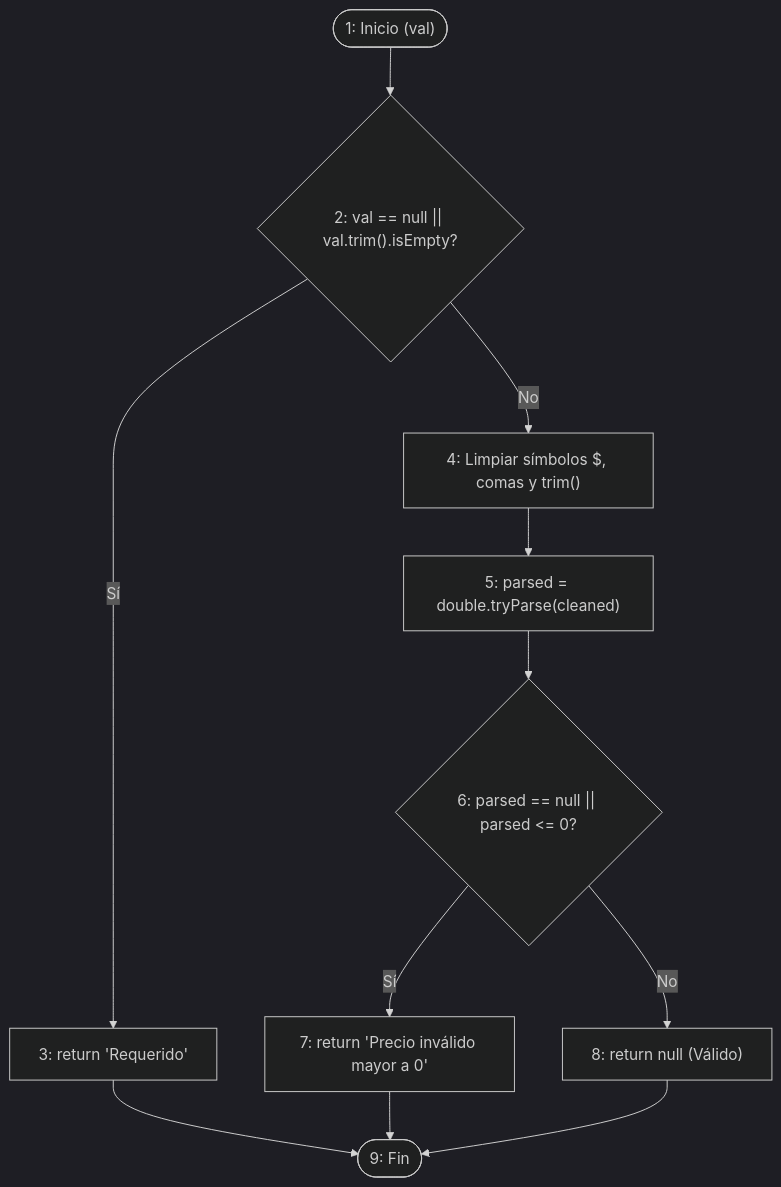
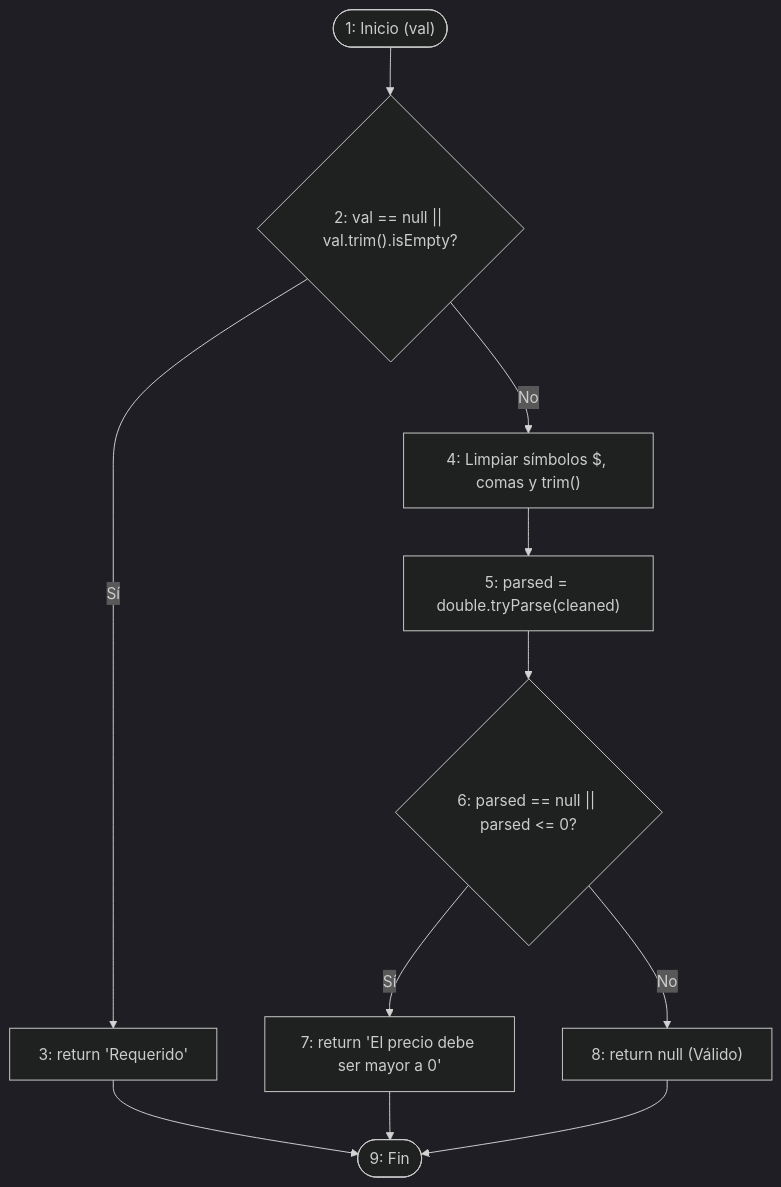
One commit to AngelDevHub/VintageVibe_Frontend changed the first of 2 diagrams in docs/REPORTE_PRUEBAS_WHITE_BOX_VINTAGEVIBE.md. Above: the diagram before and after it, drawn with Mermaid (dark theme). The commit also changed other lines of this file, not shown here.

Commit message:
docs: corregir redaccion de validacion a 'El precio debe ser mayor a 0'

````diff
--- a/docs/REPORTE_PRUEBAS_WHITE_BOX_VINTAGEVIBE.md
+++ b/docs/REPORTE_PRUEBAS_WHITE_BOX_VINTAGEVIBE.md
@@ -107,13 +107,13 @@
 ```mermaid
 flowchart TD
     N1(["1: Inicio (val)"]) --> D1{"2: val == null || val.trim().isEmpty?"}
     D1 -- Sí --> N3["3: return 'Requerido'"]
     D1 -- No --> N4["4: Limpiar símbolos $, comas y trim()"]
     N4 --> N5["5: parsed = double.tryParse(cleaned)"]
     N5 --> D2{"6: parsed == null || parsed <= 0?"}
-    D2 -- Sí --> N7["7: return 'Precio inválido mayor a 0'"]
+    D2 -- Sí --> N7["7: return 'El precio debe ser mayor a 0'"]
     D2 -- No --> N8["8: return null (Válido)"]
     N3 --> N9(["9: Fin"])
     N7 --> N9
     N8 --> N9
 ```
````
